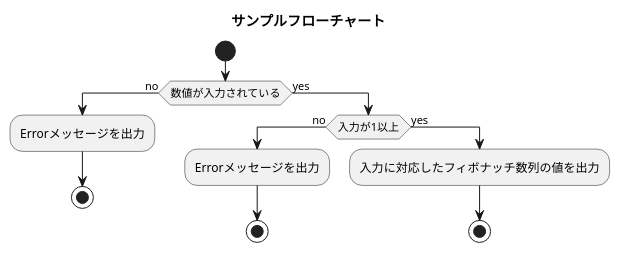
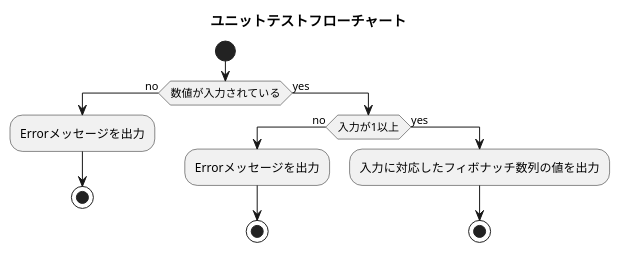
Before and after one commit to K-Ryo-ta/fib_api: the diagram in back/testUML/test.pu, drawn with PlantUML. The commit also changed 12 other files, not shown here.

```diff
--- a/back/testUML/test.pu
+++ b/back/testUML/test.pu
@@ -1,16 +1,16 @@
 @startuml 
-title サンプルフローチャート 
+title ユニットテストフローチャート 
 
 start
 if (数値が入力されている) then (no)
   :Errorメッセージを出力;
   stop
 else (yes)
     if (入力が1以上) then (no)
         :Errorメッセージを出力;
         stop
     else (yes)
         :入力に対応したフィボナッチ数列の値を出力;
         stop
     
 @enduml
```
